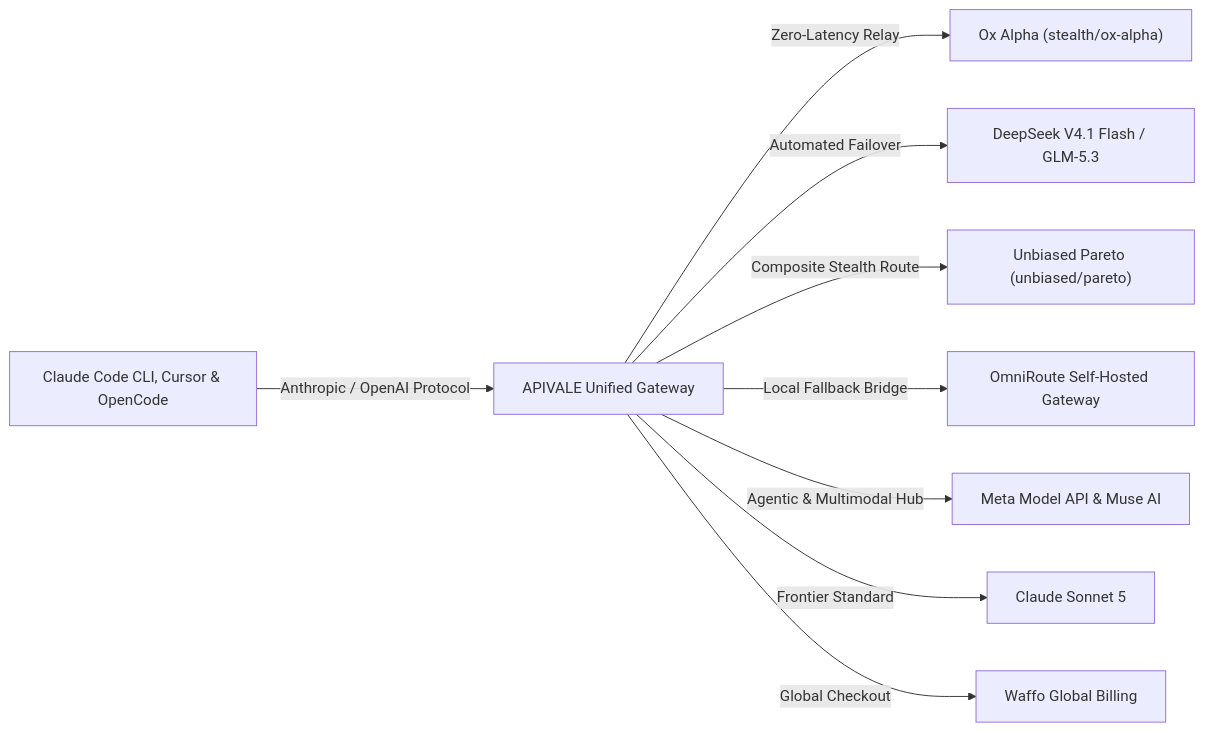
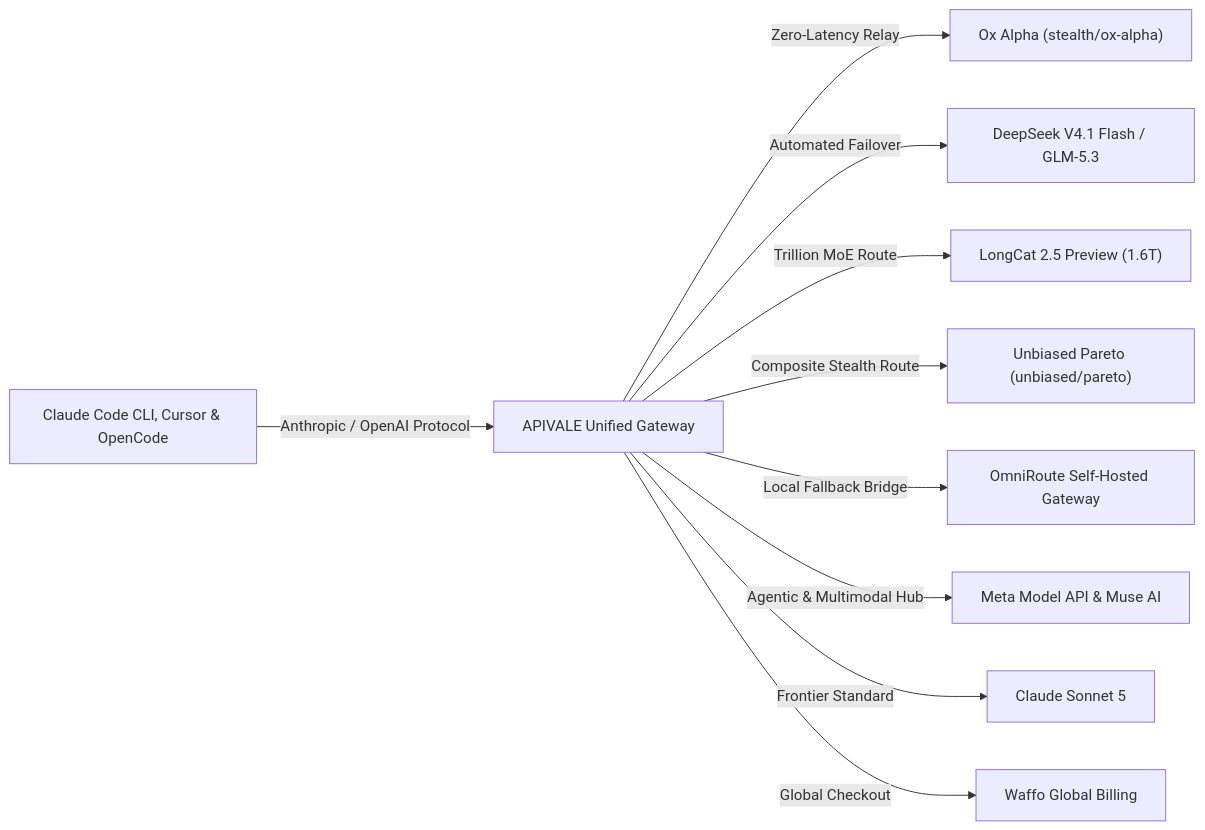
Before and after one commit to bshx2024/apivel_blog: the diagram in src/content/blog/ox-alpha-claude-code-cursor-setup.md, drawn with Mermaid. The commit also changed other lines of this file and 5 other files, not shown here.

````diff
--- a/src/content/blog/ox-alpha-claude-code-cursor-setup.md
+++ b/src/content/blog/ox-alpha-claude-code-cursor-setup.md
@@ -29,11 +29,12 @@
 ```mermaid
 graph LR
     A["Claude Code CLI, Cursor & OpenCode"] -->|Anthropic / OpenAI Protocol| B["APIVALE Unified Gateway"]
     B -->|Zero-Latency Relay| C["Ox Alpha (stealth/ox-alpha)"]
     B -->|Automated Failover| D["DeepSeek V4.1 Flash / GLM-5.3"]
+    B -->|Trillion MoE Route| J["LongCat 2.5 Preview (1.6T)"]
     B -->|Composite Stealth Route| G["Unbiased Pareto (unbiased/pareto)"]
     B -->|Local Fallback Bridge| H["OmniRoute Self-Hosted Gateway"]
     B -->|Agentic & Multimodal Hub| I["Meta Model API & Muse AI"]
     B -->|Frontier Standard| E["Claude Sonnet 5"]
     B -->|Global Checkout| F["Waffo Global Billing"]
 ```
````
